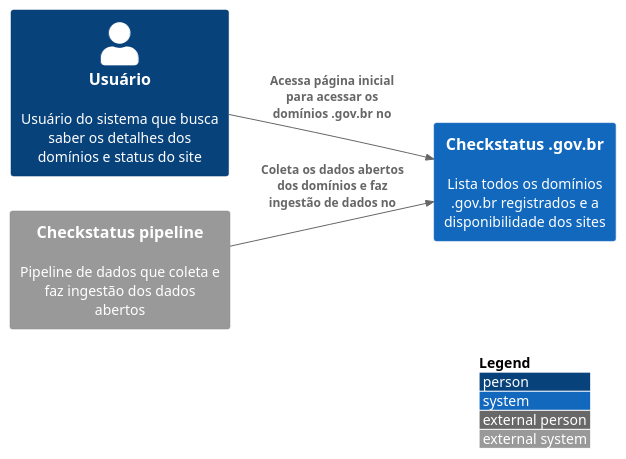
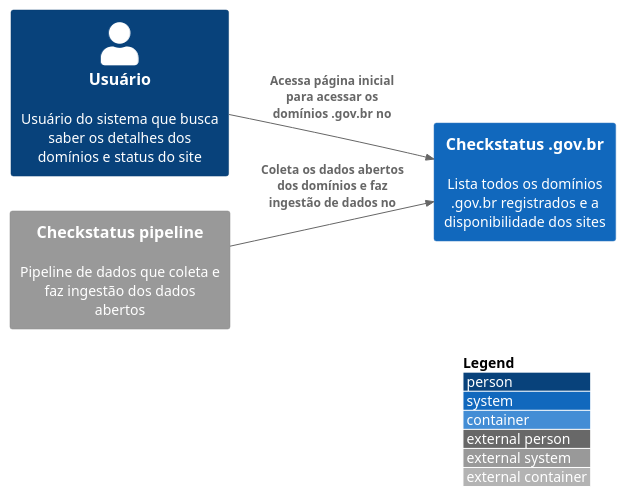
One commit to gilsondev/checkstatus-govbr changed the diagram in docs/assets/diagrams/context.puml. Above: the diagram before and after it, drawn with PlantUML. The commit also changed 9 other files, not shown here.

First line of the commit message:
docs: update README and diagrams (#35)

```diff
--- a/docs/assets/diagrams/context.puml
+++ b/docs/assets/diagrams/context.puml
@@ -1,14 +1,14 @@
 @startuml context
-!include https://raw.githubusercontent.com/adrianvlupu/C4-PlantUML/latest/C4_Context.puml
+!include https://raw.githubusercontent.com/plantuml-stdlib/C4-PlantUML/master/C4_Container.puml
 
 left to right direction
 LAYOUT_WITH_LEGEND()
 
 Person(user, "Usuário", "Usuário do sistema que busca saber os detalhes dos domínios e status do site")
 
 System(checkstatus_govbr, "Checkstatus .gov.br", "Lista todos os domínios .gov.br registrados e a disponibilidade dos sites")
 System_Ext(checkstatus_pipeline, "Checkstatus pipeline", "Pipeline de dados que coleta e faz ingestão dos dados abertos")
 
 Rel(user, checkstatus_govbr, "Acessa página inicial para acessar os domínios .gov.br no")
 Rel(checkstatus_pipeline, checkstatus_govbr, "Coleta os dados abertos dos domínios e faz ingestão de dados no")
 @enduml
```
